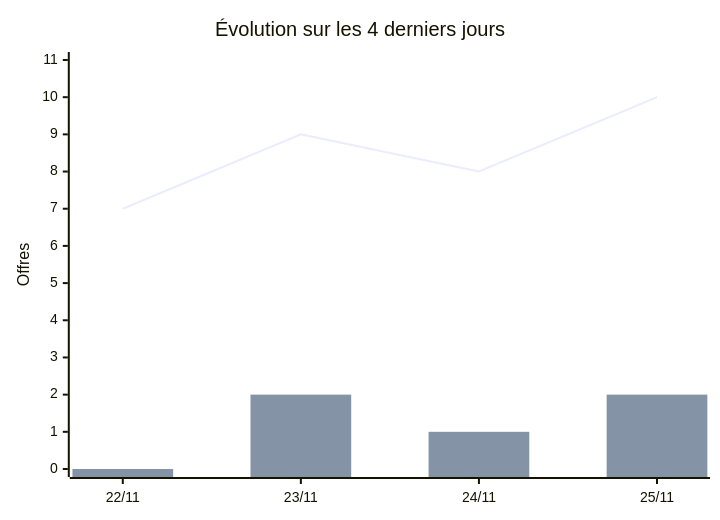
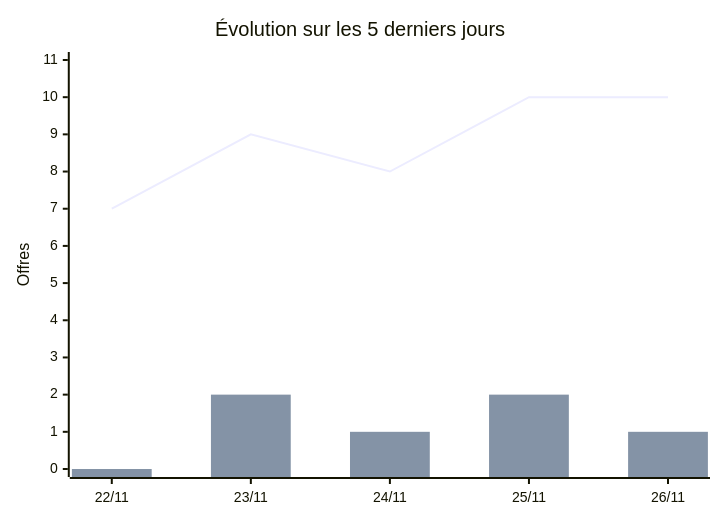
Before and after one commit to Abusooma/offres-tech-africa: the third of 3 diagrams in README.md, drawn with Mermaid. The commit also changed other lines of this file and 2 other files, not shown here.

````diff
--- a/README.md
+++ b/README.md
@@ -89,8 +89,8 @@
 ```mermaid
 xychart-beta
-    title "Évolution sur les 4 derniers jours"
-    x-axis ["22/11", "23/11", "24/11", "25/11"]
+    title "Évolution sur les 5 derniers jours"
+    x-axis ["22/11", "23/11", "24/11", "25/11", "26/11"]
     y-axis "Offres" 0 --> 11
-    line [7, 9, 8, 10]
-    bar [0, 2, 1, 2]
+    line [7, 9, 8, 10, 10]
+    bar [0, 2, 1, 2, 1]
 ```
````
